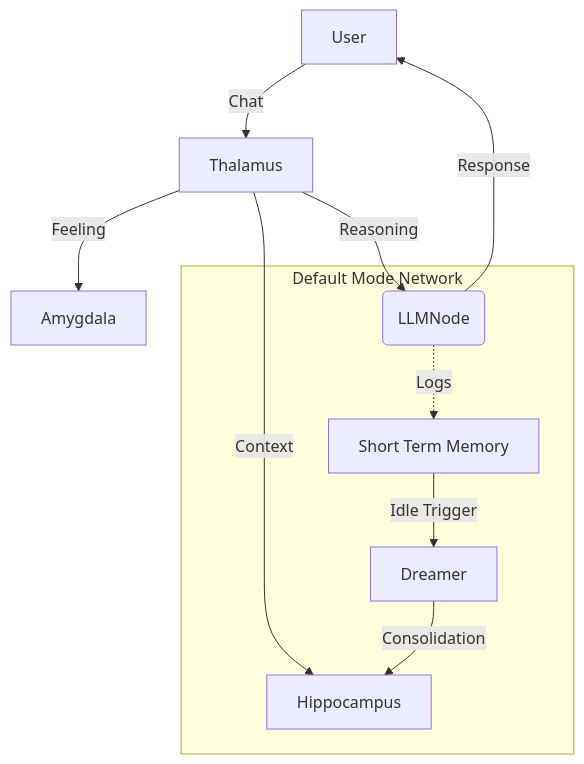
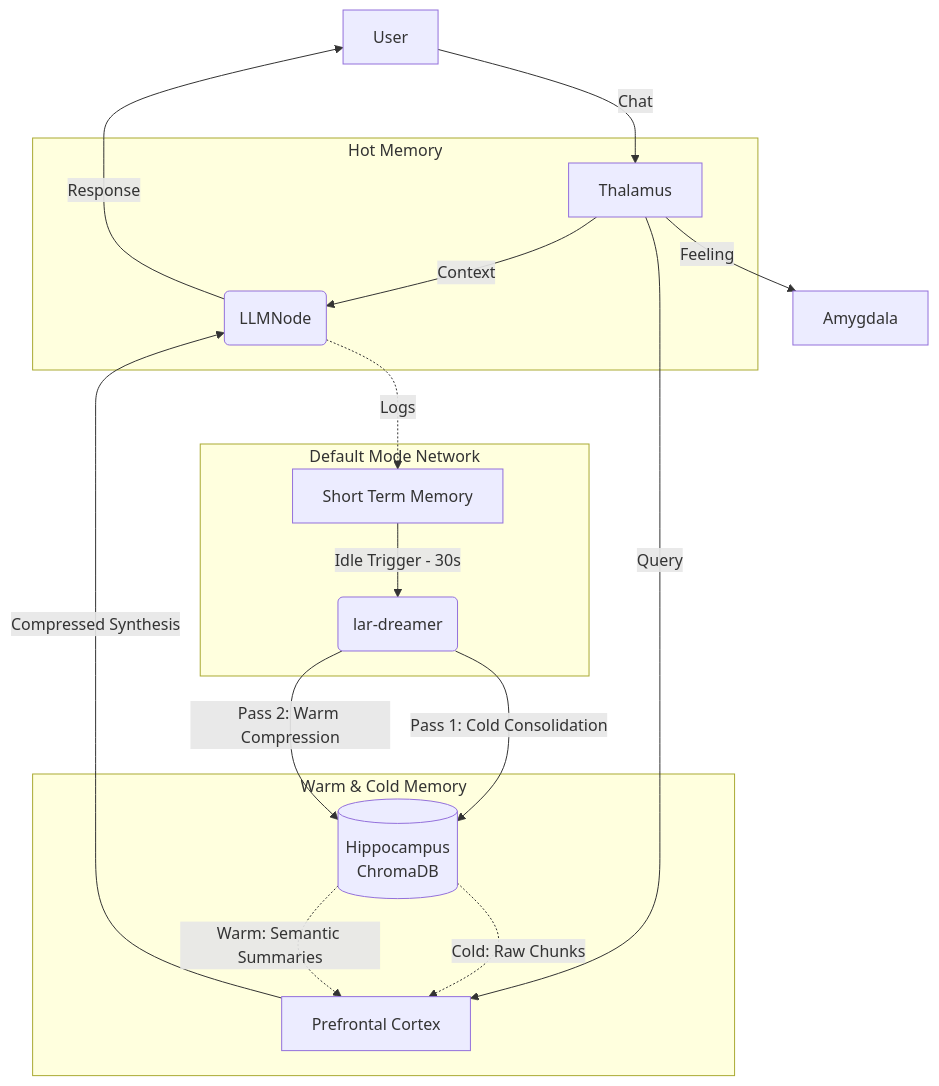
One commit to snath-ai/DMN changed the diagram in README.md. Above: the diagram before and after it, drawn with Mermaid. The commit also changed other lines of this file and 19 other files, not shown here.

Commit message:
feat: DMN v2 upgrade with Prefrontal Cortex filtering, 3-tier memory architecture, and completion of codebase audit fixes

````diff
--- a/README.md
+++ b/README.md
@@ -32,14 +32,26 @@
 ```mermaid
 graph TD
     User -->|Chat| Thalamus
     Thalamus -->|Feeling| Amygdala
-    Thalamus -->|Context| Hippocampus
-    Thalamus -->|Reasoning| Cortex(LLMNode)
+    
+    %% Memory Tiers
+    subgraph Working Memory [Hot Memory]
+        Thalamus -->|Context| Cortex(LLMNode)
+    end
+    
+    subgraph Deep Memory [Warm & Cold Memory]
+        Thalamus -->|Query| PFC[Prefrontal Cortex]
+        Hippo[(Hippocampus<br>ChromaDB)] -.->|Cold: Raw Chunks| PFC
+        Hippo -.->|Warm: Semantic Summaries| PFC
+        PFC -->|Compressed Synthesis| Cortex
+    end
+    
     Cortex -->|Response| User
     
     subgraph DMN [Default Mode Network]
         Cortex -.->|Logs| STM[Short Term Memory]
-        STM -->|Idle Trigger| Dreamer
-        Dreamer -->|Consolidation| Hippocampus
+        STM -->|Idle Trigger - 30s| Dreamer(lar-dreamer)
+        Dreamer -->|Pass 1: Cold Consolidation| Hippo
+        Dreamer -->|Pass 2: Warm Compression| Hippo
     end
 ```
````
